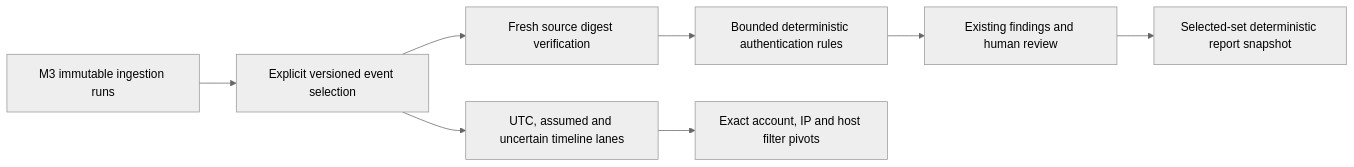
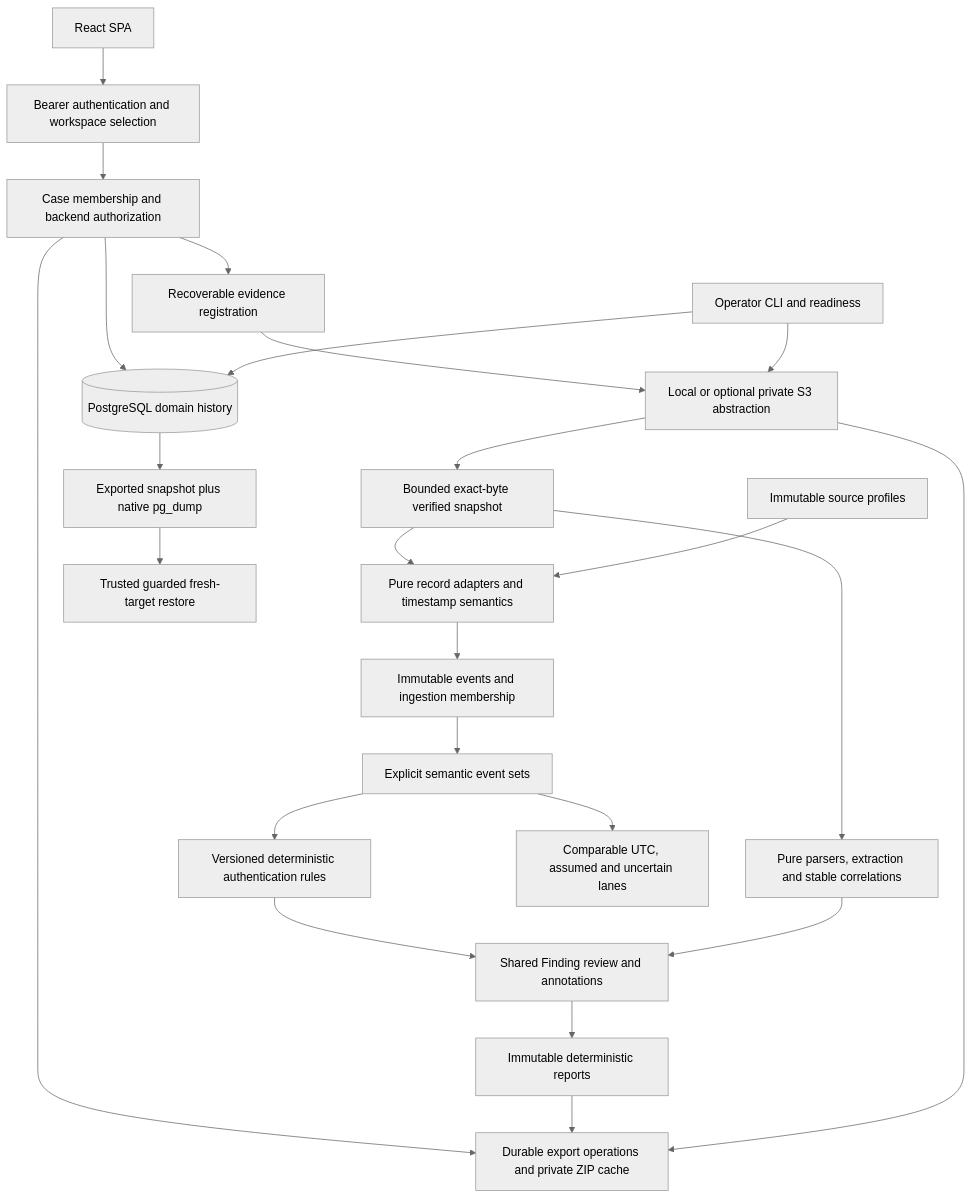
The diagram in docs/architecture.md (shikhar-sahay/provena), drawn with Mermaid (neutral theme) before and after one commit. The commit also changed other lines of this file and 32 other files, not shown here.

````diff
--- a/docs/architecture.md
+++ b/docs/architecture.md
@@ -328,10 +7,26 @@
 ```mermaid
-flowchart LR
-    I[M3 immutable ingestion runs] --> S[Explicit versioned event selection]
-    S --> V[Fresh source digest verification]
-    V --> D[Bounded deterministic authentication rules]
-    D --> F[Existing findings and human review]
-    S --> T[UTC, assumed and uncertain timeline lanes]
-    T --> P[Exact account, IP and host filter pivots]
-    F --> R[Selected-set deterministic report snapshot]
+flowchart TB
+  Browser[React SPA] --> Auth[Bearer authentication and workspace selection]
+  Auth --> Cases[Case membership and backend authorization]
+  Cases --> Evidence[Recoverable evidence registration]
+  Evidence --> Storage[Local or optional private S3 abstraction]
+  Storage --> Verified[Bounded exact-byte verified snapshot]
+  Verified --> Artifacts[Pure parsers, extraction and stable correlations]
+  Verified --> Events[Pure record adapters and timestamp semantics]
+  Profiles[Immutable source profiles] --> Events
+  Events --> EventDB[Immutable events and ingestion membership]
+  EventDB --> Sets[Explicit semantic event sets]
+  Sets --> Detect[Versioned deterministic authentication rules]
+  Detect --> Review[Shared Finding review and annotations]
+  Sets --> Timeline[Comparable UTC, assumed and uncertain lanes]
+  Artifacts --> Review
+  Review --> Reports[Immutable deterministic reports]
+  Cases --> Exports[Durable export operations and private ZIP cache]
+  Reports --> Exports
+  Storage --> Exports
+  Cases --> DB[(PostgreSQL domain history)]
+  DB --> Backup[Exported snapshot plus native pg_dump]
+  Backup --> Restore[Trusted guarded fresh-target restore]
+  Ops[Operator CLI and readiness] --> DB
+  Ops --> Storage
 ```
````
